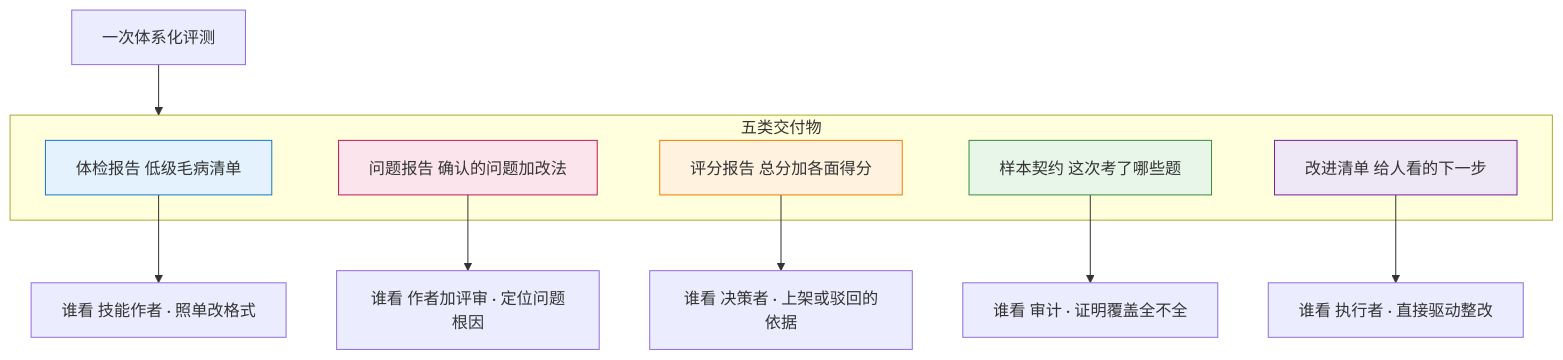
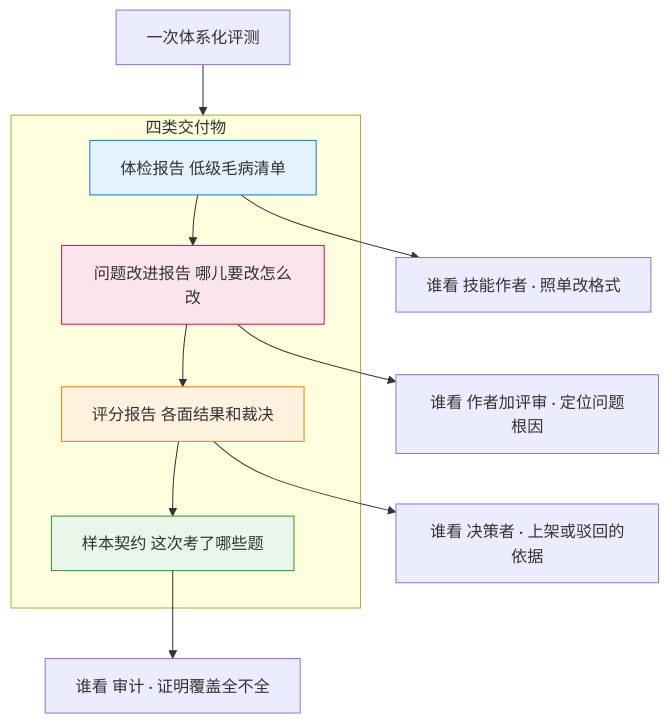
The tenth of 14 diagrams in references/skill-evaluation-system.md (huanggq26/skill-evaluator), drawn with Mermaid before and after one commit. The commit also changed other lines of this file and 2 other files, not shown here.

Commit message:
修正产物口径并同步文档指针：改进清单并非真实产物，改为四类交付物（体检报告/问题改进报告/评分报告/样本契约）并补充下游整改技能衔接（持体检报告与问题改进报告，补运行时才暴露的问题），同步 SKILL.md 与 faq_service.md 中过时的四个角度/三大深度评测为五个评测面/四大深度评测

````diff
--- a/references/skill-evaluation-system.md
+++ b/references/skill-evaluation-system.md
@@ -340,21 +340,15 @@
 ```mermaid
 flowchart TB
     评测[一次体系化评测] --> 产物
-    subgraph 产物[五类交付物]
-        P1[体检报告 低级毛病清单]
-        P2[问题报告 确认的问题加改法]
-        P3[评分报告 总分加各面得分]
-        P4[样本契约 这次考了哪些题]
-        P5[改进清单 给人看的下一步]
+    subgraph 产物[四类交付物]
+        P1[体检报告 低级毛病清单] --> P2[问题改进报告 哪儿要改怎么改] --> P3[评分报告 各面结果和裁决] --> P4[样本契约 这次考了哪些题]
     end
     P1 --> 用1[谁看 技能作者 · 照单改格式]
     P2 --> 用2[谁看 作者加评审 · 定位问题根因]
     P3 --> 用3[谁看 决策者 · 上架或驳回的依据]
     P4 --> 用4[谁看 审计 · 证明覆盖全不全]
-    P5 --> 用5[谁看 执行者 · 直接驱动整改]
     style P1 fill:#e3f2fd,stroke:#1976d2
     style P2 fill:#fce4ec,stroke:#c2185b
     style P3 fill:#fff3e0,stroke:#f57c00
     style P4 fill:#e8f5e9,stroke:#388e3c
-    style P5 fill:#ede7f6,stroke:#7b1fa2
 ```
````
